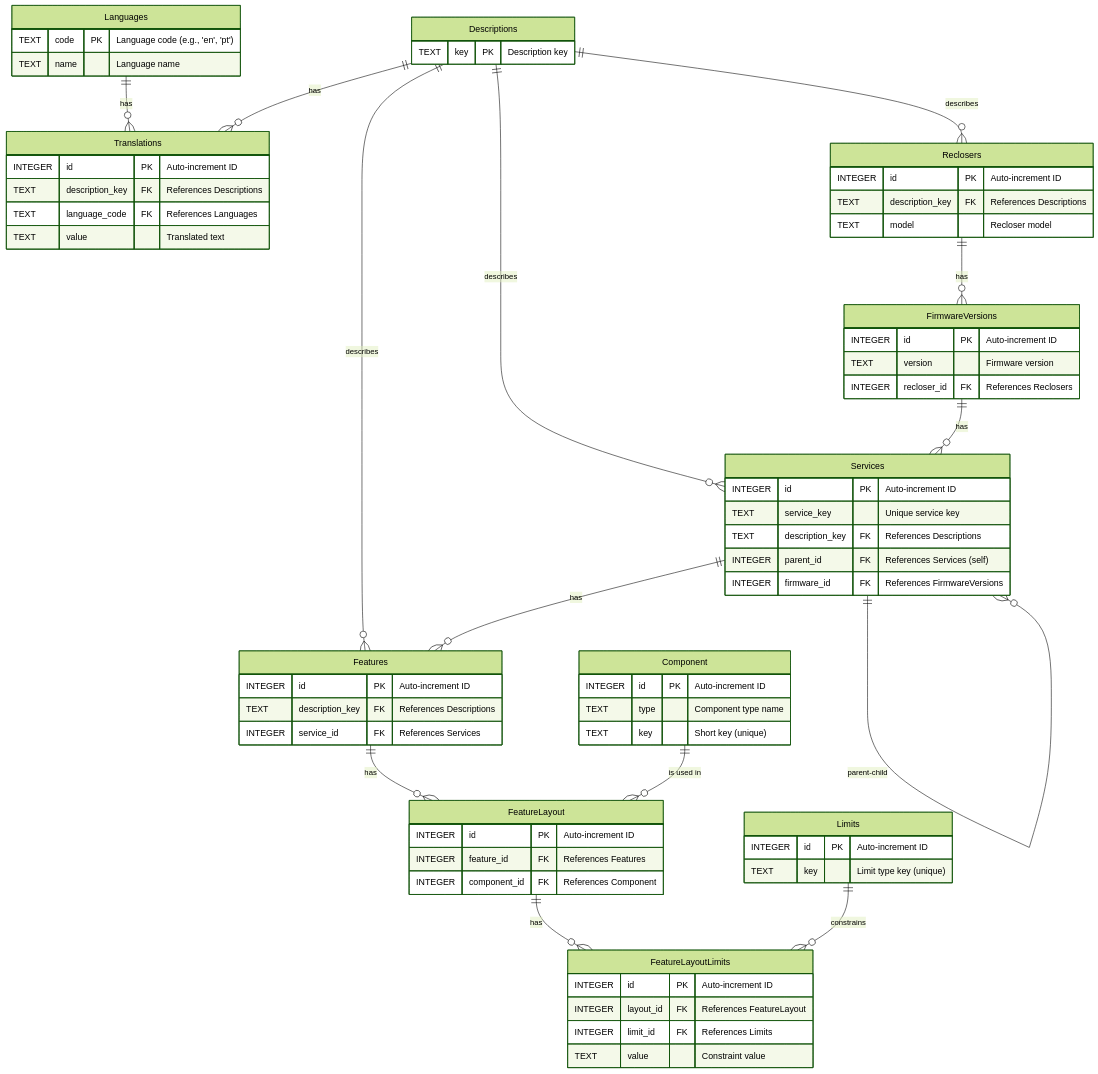
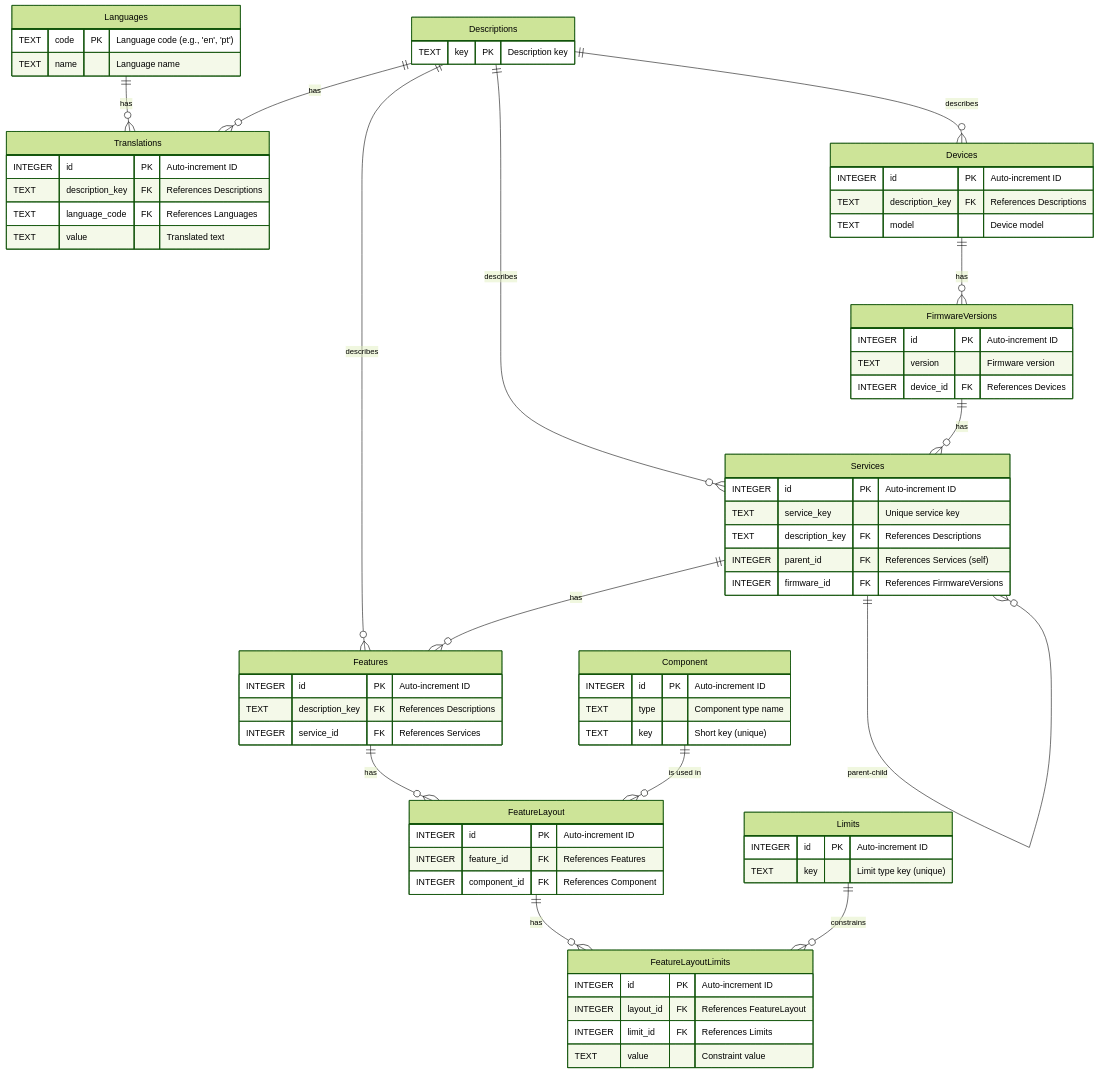
The first of 2 diagrams in docs/DATABASE_SCHEMA_DIAGRAM.md (roonald7/Recloser3pManagement), drawn with Mermaid (forest theme) before and after one commit. The commit also changed other lines of this file and 14 other files, not shown here.

````diff
--- a/docs/DATABASE_SCHEMA_DIAGRAM.md
+++ b/docs/DATABASE_SCHEMA_DIAGRAM.md
@@ -5,82 +5,82 @@
 ```mermaid
 erDiagram
     Languages ||--o{ Translations : "has"
     Descriptions ||--o{ Translations : "has"
-    Descriptions ||--o{ Reclosers : "describes"
+    Descriptions ||--o{ Devices : "describes"
     Descriptions ||--o{ Services : "describes"
     Descriptions ||--o{ Features : "describes"
-    Reclosers ||--o{ FirmwareVersions : "has"
+    Devices ||--o{ FirmwareVersions : "has"
     FirmwareVersions ||--o{ Services : "has"
     Services ||--o{ Services : "parent-child"
     Services ||--o{ Features : "has"
     Features ||--o{ FeatureLayout : "has"
     Component ||--o{ FeatureLayout : "is used in"
     FeatureLayout ||--o{ FeatureLayoutLimits : "has"
     Limits ||--o{ FeatureLayoutLimits : "constrains"
 
     Languages {
         TEXT code PK "Language code (e.g., 'en', 'pt')"
         TEXT name "Language name"
     }
 
     Descriptions {
         TEXT key PK "Description key"
     }
 
     Translations {
         INTEGER id PK "Auto-increment ID"
         TEXT description_key FK "References Descriptions"
         TEXT language_code FK "References Languages"
         TEXT value "Translated text"
     }
 
-    Reclosers {
+    Devices {
         INTEGER id PK "Auto-increment ID"
         TEXT description_key FK "References Descriptions"
-        TEXT model "Recloser model"
+        TEXT model "Device model"
     }
 
     FirmwareVersions {
         INTEGER id PK "Auto-increment ID"
         TEXT version "Firmware version"
-        INTEGER recloser_id FK "References Reclosers"
+        INTEGER device_id FK "References Devices"
     }
 
     Services {
         INTEGER id PK "Auto-increment ID"
         TEXT service_key "Unique service key"
         TEXT description_key FK "References Descriptions"
         INTEGER parent_id FK "References Services (self)"
         INTEGER firmware_id FK "References FirmwareVersions"
     }
 
     Features {
         INTEGER id PK "Auto-increment ID"
         TEXT description_key FK "References Descriptions"
         INTEGER service_id FK "References Services"
     }
 
     Component {
         INTEGER id PK "Auto-increment ID"
         TEXT type "Component type name"
         TEXT key "Short key (unique)"
     }
 
     Limits {
         INTEGER id PK "Auto-increment ID"
         TEXT key "Limit type key (unique)"
     }
 
     FeatureLayout {
         INTEGER id PK "Auto-increment ID"
         INTEGER feature_id FK "References Features"
         INTEGER component_id FK "References Component"
     }
 
     FeatureLayoutLimits {
         INTEGER id PK "Auto-increment ID"
         INTEGER layout_id FK "References FeatureLayout"
         INTEGER limit_id FK "References Limits"
         TEXT value "Constraint value"
     }
 ```
````
